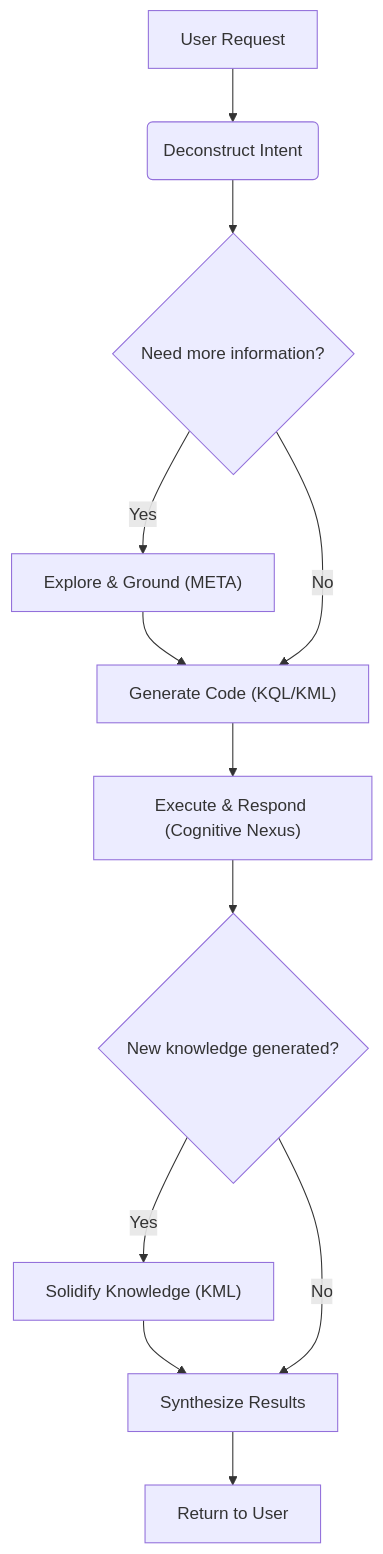
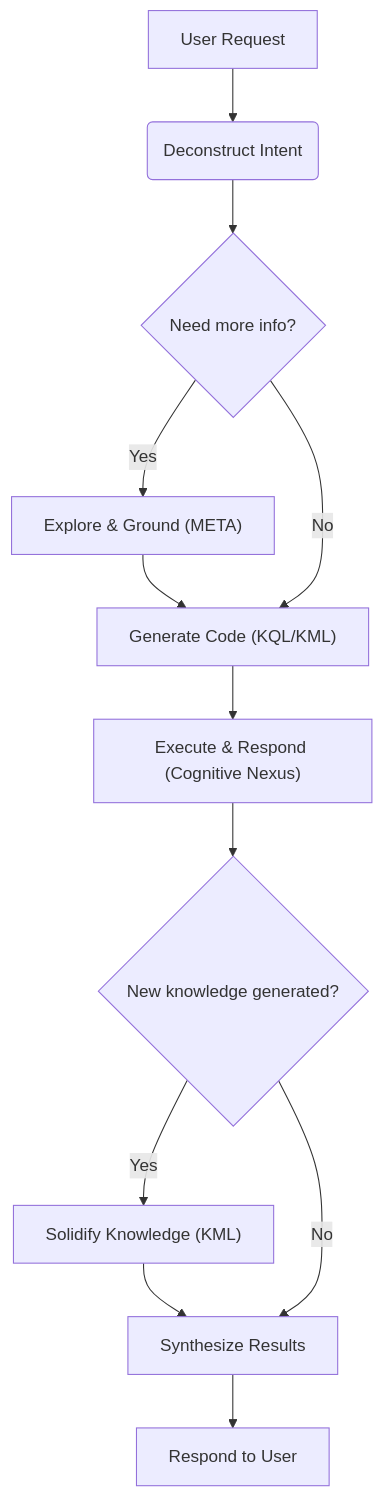
The second of 2 diagrams in README.md (ldclabs/KIP), drawn with Mermaid before and after one commit. The commit also changed other lines of this file and 3 other files, not shown here.

````diff
--- a/README.md
+++ b/README.md
@@ -681,14 +822,14 @@
 ```mermaid
 graph TD
     A[User Request] --> B(Deconstruct Intent);
-    B --> C{Need more information?};
+    B --> C{Need more info?};
     C -- Yes --> D["Explore & Ground (META)"];
     D --> E["Generate Code (KQL/KML)"];
     C -- No --> E;
     E --> F["Execute & Respond (Cognitive Nexus)"];
     F --> G{New knowledge generated?};
     G -- Yes --> H["Solidify Knowledge (KML)"];
     H --> I[Synthesize Results];
     G -- No --> I;
-    I --> J[Return to User];
+    I --> J[Respond to User];
 ```
````
